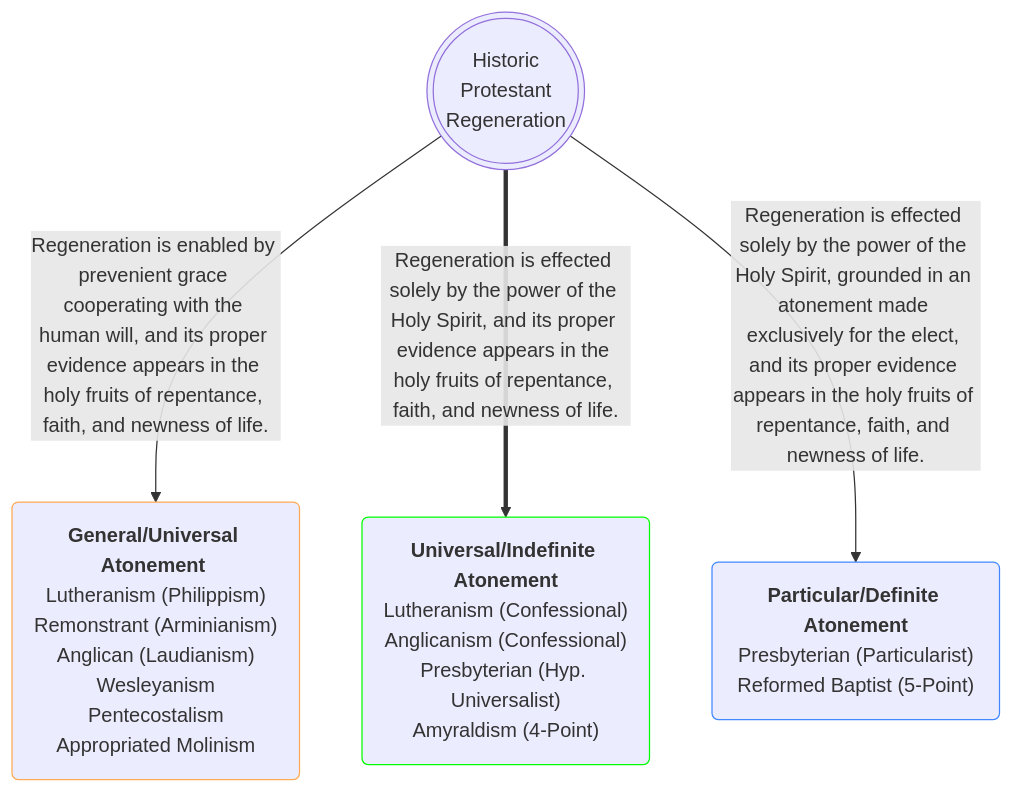
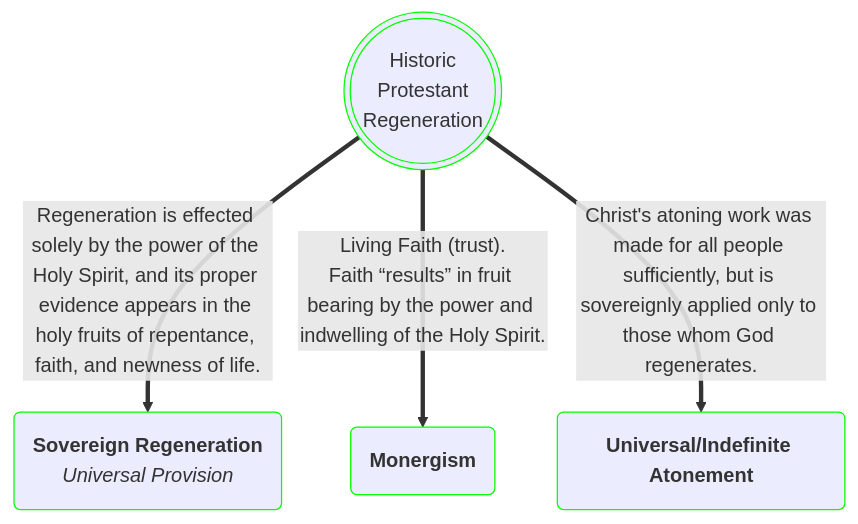
Before and after one commit to OrdoLuminis/ordoluminis.github.io: the fifth of 5 diagrams in _posts/2025-08-03-historic-protestant-position.markdown, drawn with Mermaid. The commit also changed other lines of this file, not shown here.

Commit message:
close to final version

````diff
--- a/_posts/2025-08-03-historic-protestant-position.markdown
+++ b/_posts/2025-08-03-historic-protestant-position.markdown
@@ -359,10 +359,8 @@
 ```mermaid
 flowchart TD
-    A(((Historic<br>Protestant<br>Regeneration)))
-    A -->|Regeneration is enabled by prevenient grace cooperating with the human will, and its proper evidence appears in the holy fruits of repentance, faith, and newness of life.| H(<strong>General/Universal Atonement </strong><br>Lutheranism &lpar;Philippism&rpar;<br>Remonstrant &lpar;Arminianism&rpar;<br>Anglican &lpar;Laudianism&rpar;<br>Wesleyanism<br>Pentecostalism<br>Appropriated Molinism):::orange
-    A ==>|Regeneration is effected solely by the power of the Holy Spirit, and its proper evidence appears in the holy fruits of repentance, faith, and newness of life.| G(<strong>Universal/Indefinite Atonement</strong><br>Lutheranism &lpar;Confessional&rpar;<br>Anglicanism &lpar;Confessional&rpar;<br>Presbyterian &lpar;Hyp. Universalist&rpar;<br>Amyraldism &lpar;4-Point&rpar;):::green
-    A -->|Regeneration is effected solely by the power of the Holy Spirit, grounded in an atonement made exclusively for the elect, and its proper evidence appears in the holy fruits of repentance, faith, and newness of life.| P(<strong>Particular/Definite Atonement</strong><br>Presbyterian &lpar;Particularist&rpar;<br>Reformed Baptist &lpar;5-Point&rpar;):::blue
+    A(((Historic<br>Protestant<br>Regeneration))):::green
+    A ==>|Regeneration is effected solely by the power of the Holy Spirit, and its proper evidence appears in the holy fruits of repentance, faith, and newness of life.| B(<strong>Sovereign Regeneration</strong><br><em>Universal Provision</em>):::green
+    A ==>|Living Faith &lpar;trust&rpar;.<br>Faith &ldquo;results&rdquo; in fruit bearing by the power and indwelling of the Holy Spirit.| C(<strong>Monergism</strong>):::green
+    A ==>|Christ's atoning work was made for all people sufficiently, but is sovereignly applied only to those whom God regenerates.| D(<strong>Universal&sol;Indefinite Atonement</strong>):::green
     classDef green stroke:#0f0
-    classDef orange stroke:#fa5
-    classDef blue stroke:#48f
 ```
````
